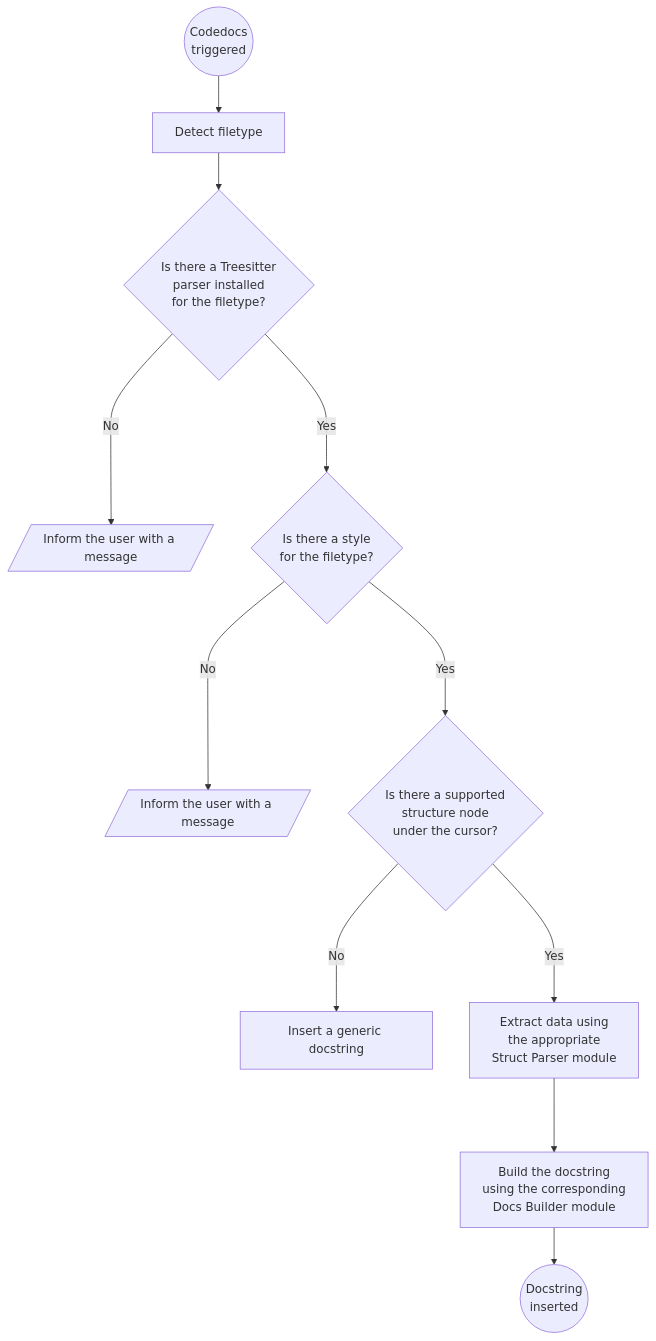
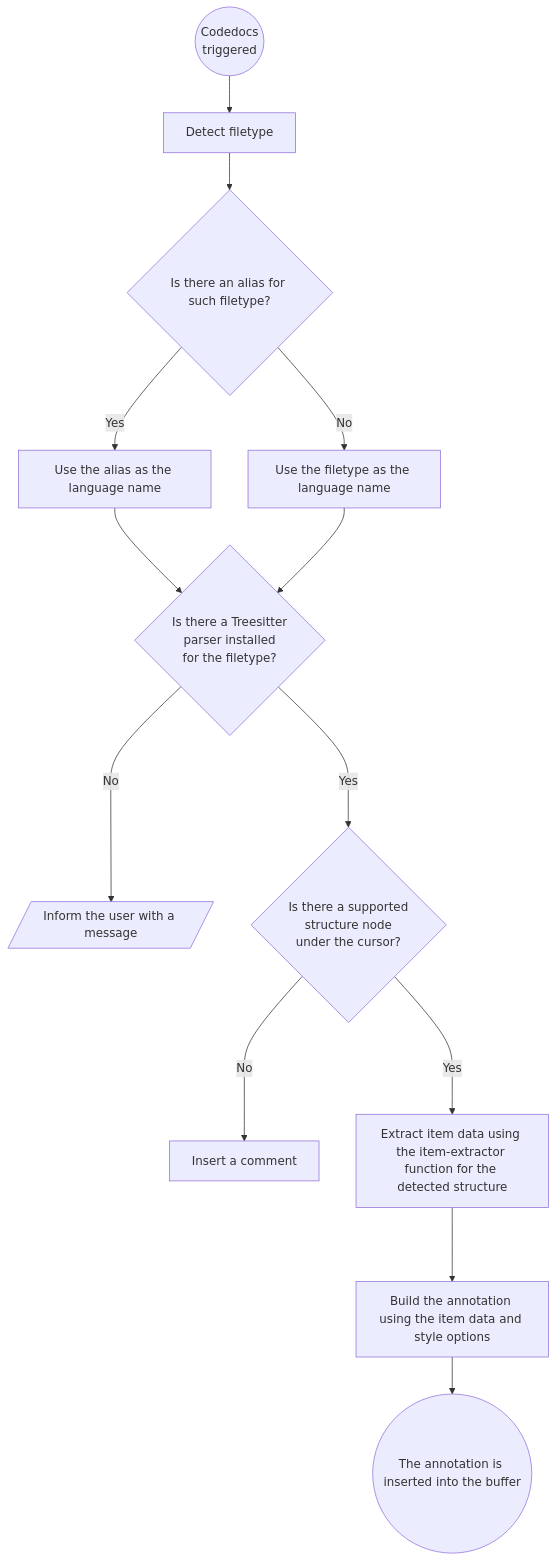
Before and after one commit to jeangiraldoo/codedocs.nvim: the diagram in lua/codedocs/README.md, drawn with Mermaid. The commit also changed other lines of this file, not shown here.

````diff
--- a/lua/codedocs/README.md
+++ b/lua/codedocs/README.md
@@ -67,14 +44,18 @@
 ```mermaid
 flowchart TB
     1((Codedocs<br>triggered)) --> 2
     2[Detect filetype] --> 3
-    3{Is there a Treesitter<br>parser installed<br>for the filetype?}
-    3 -- No ---> 4[/Inform the user with a message/]
-    3 -- Yes ---> 5{Is there a style<br>for the filetype?}
-    5 -- No ---> 6[/Inform the user with a message/]
-    5 -- Yes ---> 7{Is there a supported<br>structure node<br>under the cursor?}
-    7 -- No ---> 8[Insert a generic docstring]
-    7 -- Yes ---> 9[Extract data using<br>the appropriate<br>Struct Parser module]
-    9 ---> 10[Build the docstring<br>using the corresponding<br>Docs Builder module]
-    10 --> 11((Docstring<br>inserted))
+    3{Is there an alias for such filetype?}
+    3 -- No --> 4[Use the filetype as the language name]
+    3 -- Yes --> 5[Use the alias as the language name]
+    5 --> 6
+    4 --> 6
+    6{Is there a Treesitter<br>parser installed<br>for the filetype?}
+    6 -- No ---> 7[/Inform the user with a message/]
+    6 -- Yes ---> 8{Is there a supported<br>structure node<br>under the cursor?}
+    8 -- No ---> 9[Insert a comment]
+    8 -- Yes ---> 10[Extract item data using the item-extractor function for the detected structure]
+    10 ---> 11[Build the annotation using the item data and style options]
+    11 --> 12((The annotation is inserted into the buffer))
+
 ```
````
